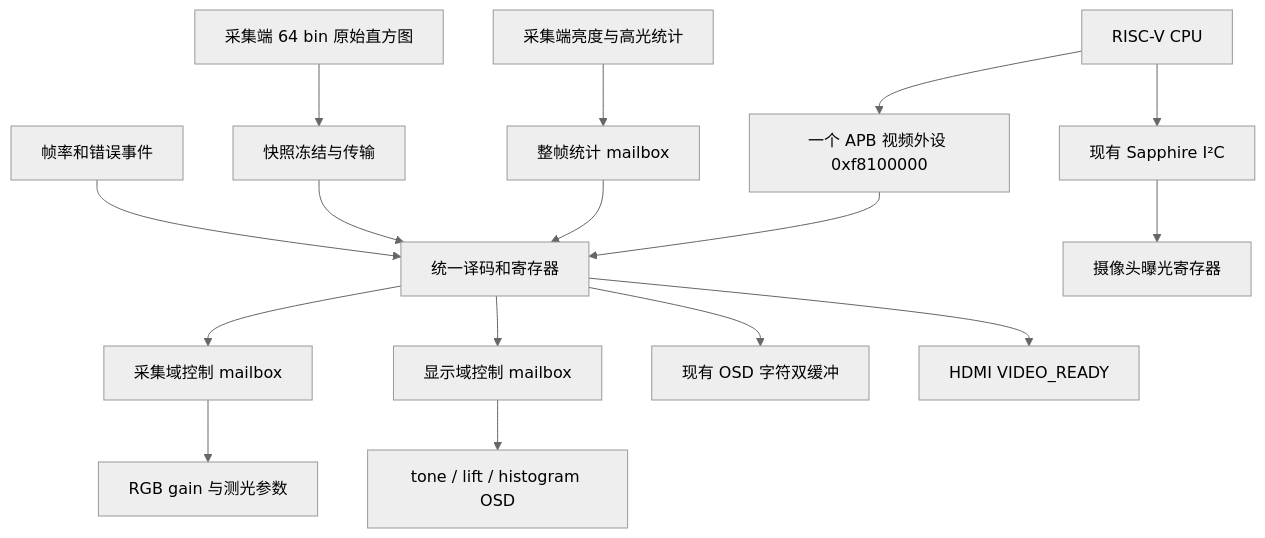
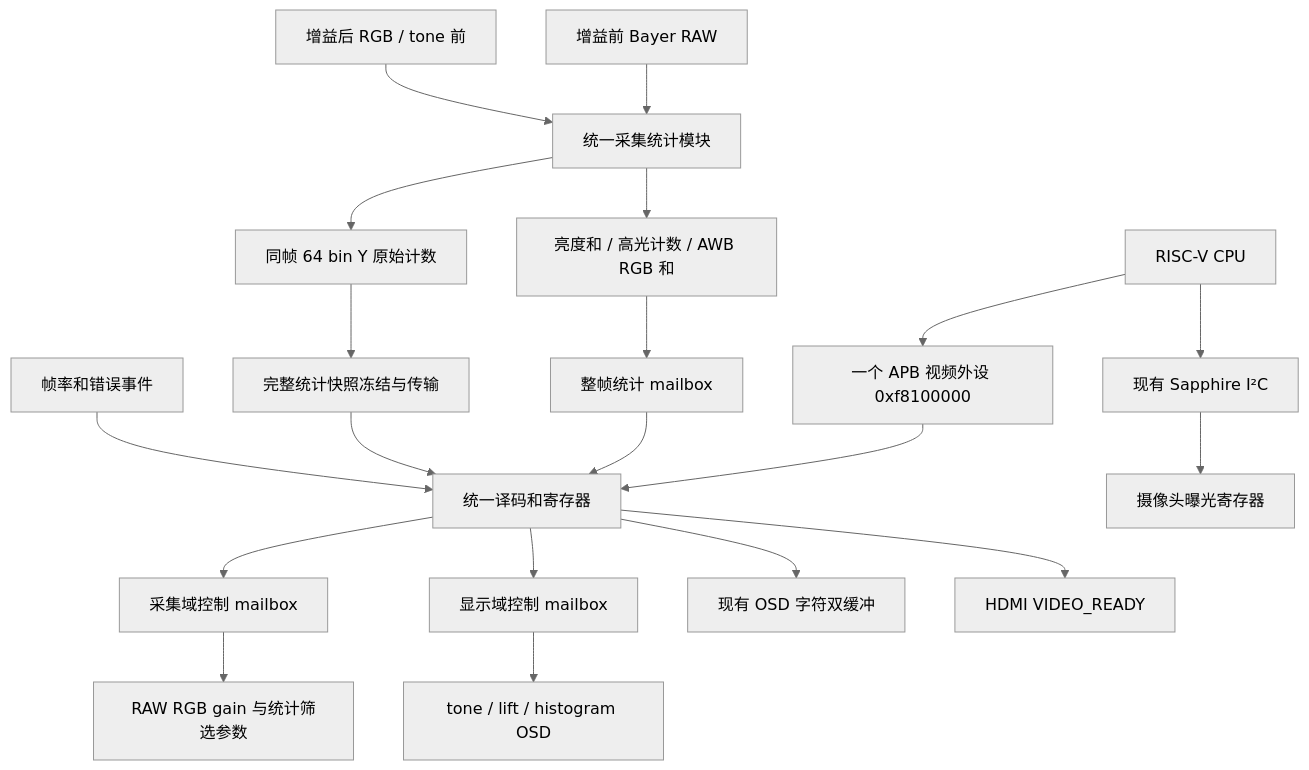
The diagram in docs/VIDEO_APB_CONTROL_PLAN.md (UESTC-XJI/Ti60f225_soc_cam_hdmi_style_transfer), drawn with Mermaid (neutral theme) before and after one commit. The commit also changed other lines of this file and 55 other files, not shown here.

````diff
--- a/docs/VIDEO_APB_CONTROL_PLAN.md
+++ b/docs/VIDEO_APB_CONTROL_PLAN.md
@@ -17,18 +17,22 @@
 ```mermaid
 flowchart TB
   CPU[RISC-V CPU] --> APB[一个 APB 视频外设 0xf8100000]
   APB --> REGS[统一译码和寄存器]
   REGS --> CAPCTL[采集域控制 mailbox]
   REGS --> DSPCTL[显示域控制 mailbox]
-  CAPCTL --> GAIN[RGB gain 与测光参数]
+  CAPCTL --> GAIN[RAW RGB gain 与统计筛选参数]
   DSPCTL --> TONE[tone / lift / histogram OSD]
   REGS --> TEXT[现有 OSD 字符双缓冲]
   REGS --> READY[HDMI VIDEO_READY]
-  METER[采集端亮度与高光统计] --> AECDC[整帧统计 mailbox]
-  AECDC --> REGS
-  HIST[采集端 64 bin 原始直方图] --> COPY[快照冻结与传输]
+  RAW[增益前 Bayer RAW] --> STATS[统一采集统计模块]
+  RGB[增益后 RGB / tone 前] --> STATS
+  STATS --> SMALL[亮度和 / 高光计数 / AWB RGB 和]
+  SMALL --> STATCDC[整帧统计 mailbox]
+  STATCDC --> REGS
+  STATS --> HIST[同帧 64 bin Y 原始计数]
+  HIST --> COPY[完整统计快照冻结与传输]
   COPY --> REGS
   DIAG[帧率和错误事件] --> REGS
   CPU --> I2C[现有 Sapphire I²C]
   I2C --> CAM[摄像头曝光寄存器]
 ```
````
